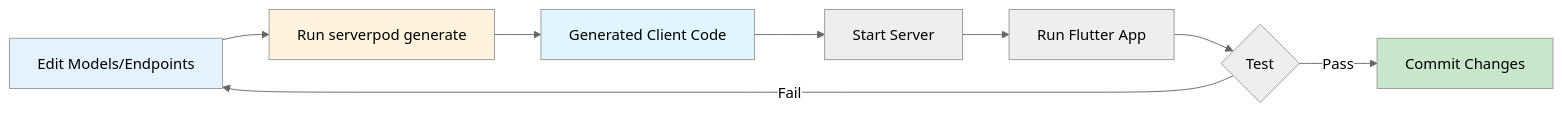
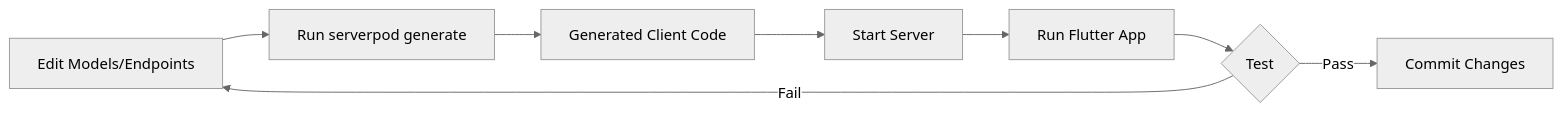
One commit to gurkanfikretgunak/masterfabric_serverpod changed the fourth of 9 diagrams in README.md. Above: the diagram before and after it, drawn with Mermaid (neutral theme). The commit also changed other lines of this file, not shown here.

Commit message:
refactor(README): remove style definitions from diagrams for cleaner presentation

````diff
--- a/README.md
+++ b/README.md
@@ -239,15 +224,10 @@
 ```mermaid
 flowchart LR
     A[Edit Models/Endpoints] --> B[Run serverpod generate]
     B --> C[Generated Client Code]
     C --> D[Start Server]
     D --> E[Run Flutter App]
     E --> F{Test}
     F -->|Pass| G[Commit Changes]
     F -->|Fail| A
-    
-    style A fill:#e3f2fd
-    style B fill:#fff3e0
-    style C fill:#e1f5ff
-    style G fill:#c8e6c9
 ```
````
